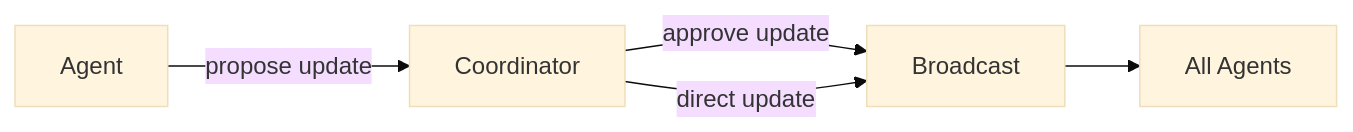
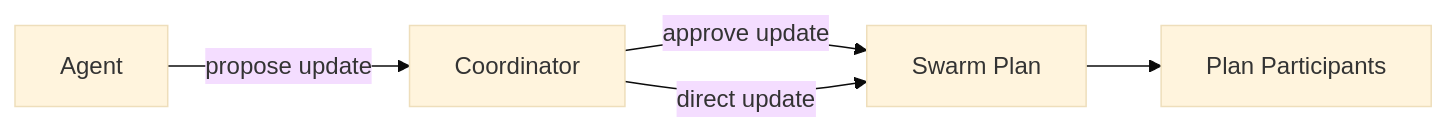
One commit to zipadoodlez/kcode changed the first of 6 diagrams in docs/SWARM_ARCHITECTURE.md. Above: the diagram before and after it, drawn with Mermaid (base theme). The commit also changed other lines of this file and 3 other files, not shown here.

Commit message:
Decouple swarm plan from session todos

````diff
--- a/docs/SWARM_ARCHITECTURE.md
+++ b/docs/SWARM_ARCHITECTURE.md
@@ -84,7 +85,7 @@
 ```mermaid
 flowchart LR
   Agent[Agent] -->|propose update| Coordinator
-  Coordinator -->|approve update| Broadcast
-  Coordinator -->|direct update| Broadcast
-  Broadcast --> Agents[All Agents]
+  Coordinator -->|approve update| Plan[Swarm Plan]
+  Coordinator -->|direct update| Plan
+  Plan --> Participants[Plan Participants]
 ```
````
